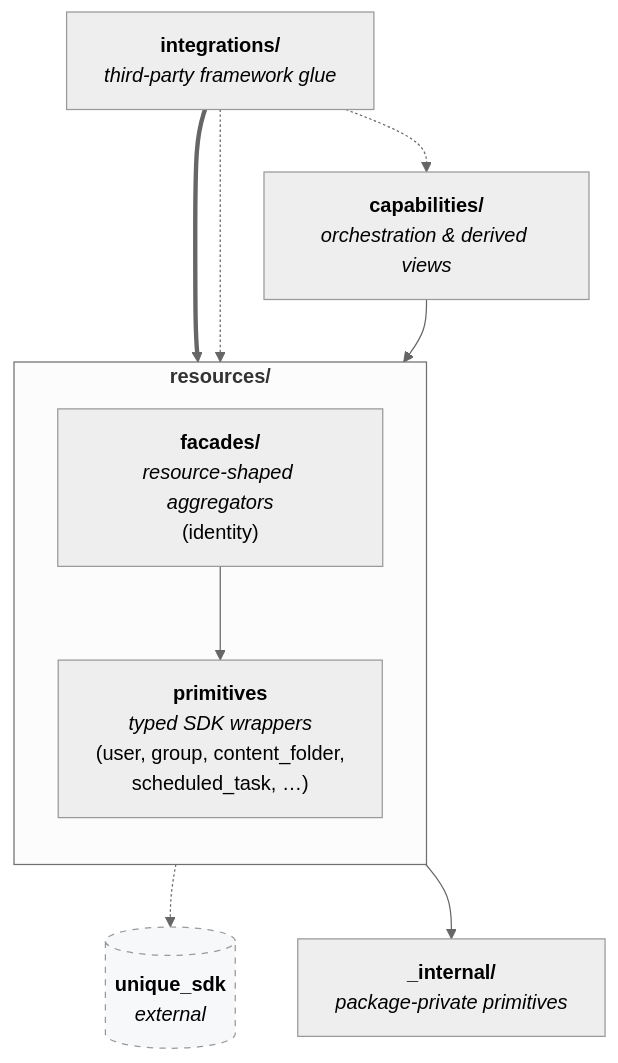
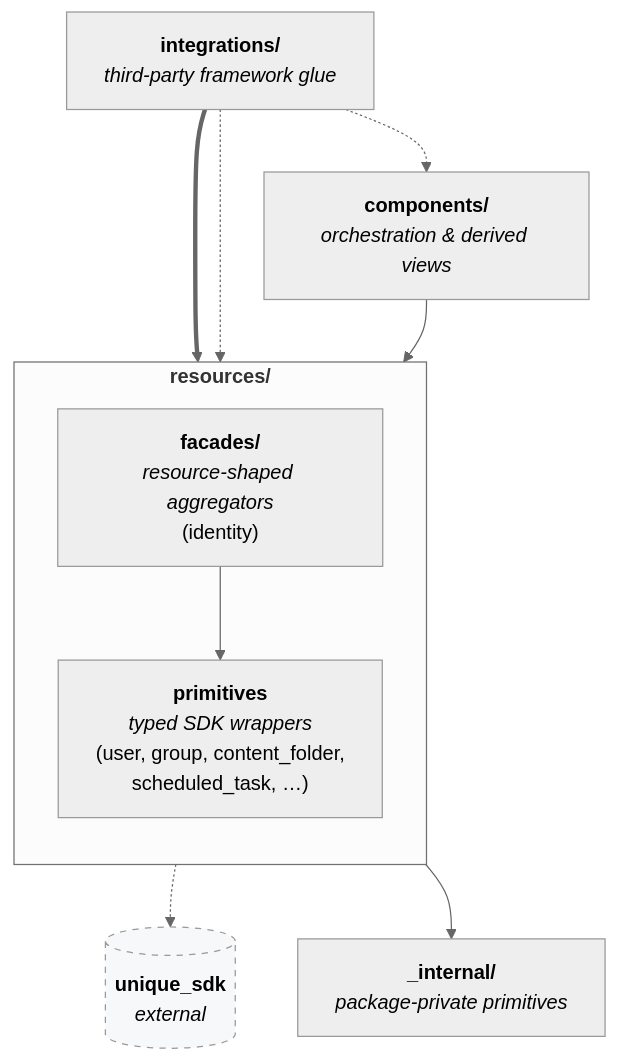
Before and after one commit to Unique-AG/ai: the first of 2 diagrams in unique_toolkit/unique_toolkit/experimental/README.md, drawn with Mermaid (neutral theme). The commit also changed other lines of this file and 13 other files, not shown here.

First line of the commit message:
refactor(toolkit): rename experimental capabilities to components

````diff
--- a/unique_toolkit/unique_toolkit/experimental/README.md
+++ b/unique_toolkit/unique_toolkit/experimental/README.md
@@ -21,25 +21,25 @@
 ```mermaid
 flowchart TD
     integrations["<b>integrations/</b><br/><i>third-party framework glue</i>"]
-    capabilities["<b>capabilities/</b><br/><i>orchestration &amp; derived views</i>"]
+    components["<b>components/</b><br/><i>orchestration &amp; derived views</i>"]
 
     subgraph resources ["<b>resources/</b>"]
         direction TB
         facades["<b>facades/</b><br/><i>resource-shaped aggregators</i><br/>(identity)"]
         primitives["<b>primitives</b><br/><i>typed SDK wrappers</i><br/>(user, group, content_folder,<br/>scheduled_task, …)"]
         facades --> primitives
     end
 
     internal["<b>_internal/</b><br/><i>package-private primitives</i>"]
     sdk[("<b>unique_sdk</b><br/><i>external</i>")]
 
     integrations ==> facades
     integrations -.-> primitives
-    integrations -.-> capabilities
-    capabilities --> resources
+    integrations -.-> components
+    components --> resources
     resources --> internal
     primitives -.-> sdk
 
     classDef external fill:#f6f8fa,stroke-dasharray: 5 5
     class sdk external
 ```
````
